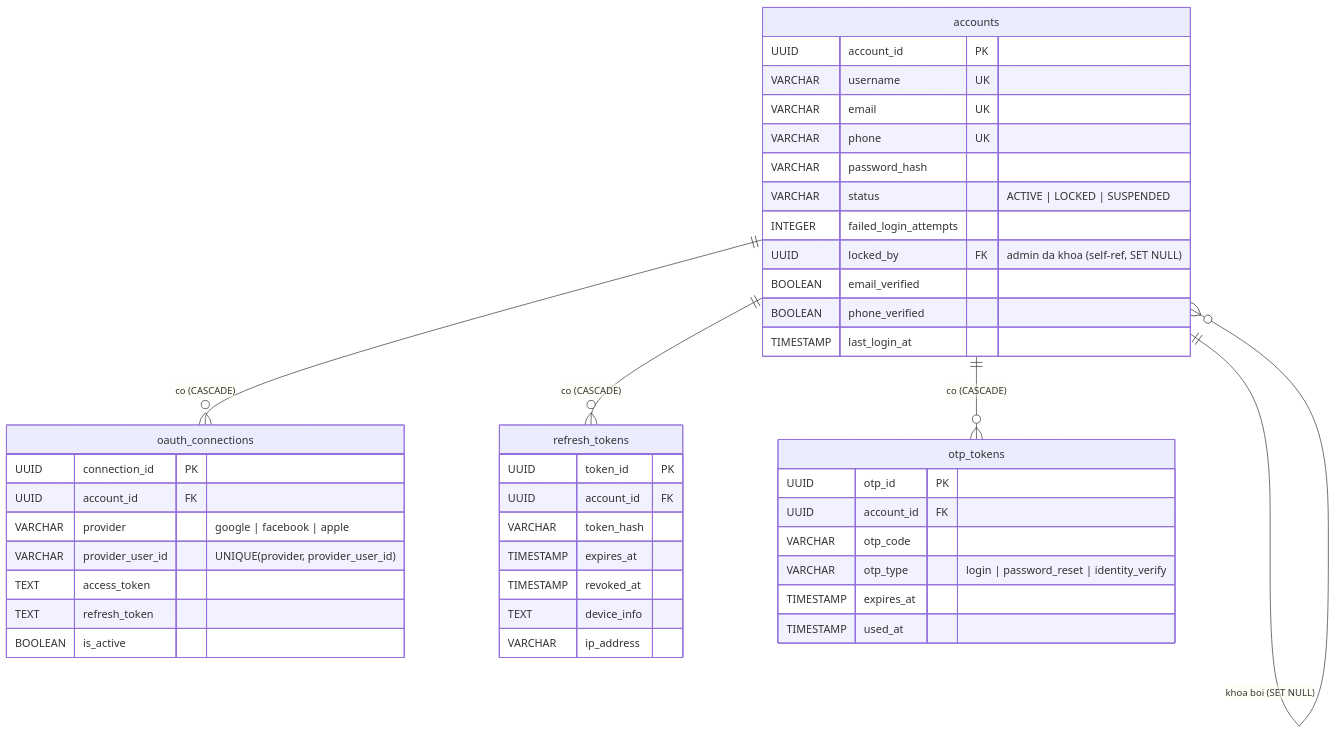
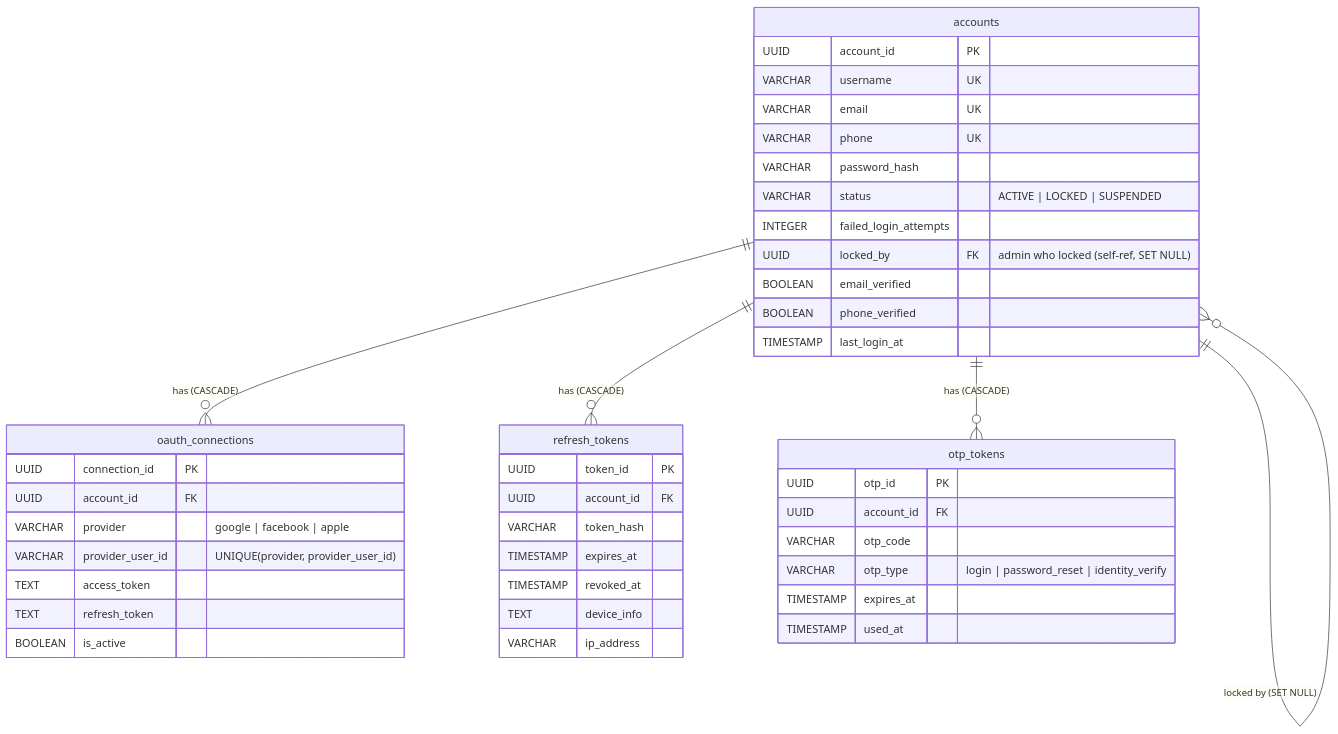
The diagram in database/erd/auth-service.mmd (LTPPPP/Smart-Medical-Intelligent-Ledger-for-E-health-S.M.I.L.E-), drawn with Mermaid before and after one commit. The commit also changed 4 other files, not shown here.

First line of the commit message:
docs(erd): translate .mmd diagrams to English and fix false bidirectional link

```diff
--- a/database/erd/auth-service.mmd
+++ b/database/erd/auth-service.mmd
@@ -1,50 +1,50 @@
 %% ERD — auth_service_db (database/iam-service/auth-service/schema.sql)
-%% Quan hệ nét liền = FK thật trong DB
+%% Solid line = real FK in the DB
 erDiagram
     accounts {
         UUID account_id PK
         VARCHAR username UK
         VARCHAR email UK
         VARCHAR phone UK
         VARCHAR password_hash
         VARCHAR status "ACTIVE | LOCKED | SUSPENDED"
         INTEGER failed_login_attempts
-        UUID locked_by FK "admin da khoa (self-ref, SET NULL)"
+        UUID locked_by FK "admin who locked (self-ref, SET NULL)"
         BOOLEAN email_verified
         BOOLEAN phone_verified
         TIMESTAMP last_login_at
     }
 
     oauth_connections {
         UUID connection_id PK
         UUID account_id FK
         VARCHAR provider "google | facebook | apple"
         VARCHAR provider_user_id "UNIQUE(provider, provider_user_id)"
         TEXT access_token
         TEXT refresh_token
         BOOLEAN is_active
     }
 
     refresh_tokens {
         UUID token_id PK
         UUID account_id FK
         VARCHAR token_hash
         TIMESTAMP expires_at
         TIMESTAMP revoked_at
         TEXT device_info
         VARCHAR ip_address
     }
 
     otp_tokens {
         UUID otp_id PK
         UUID account_id FK
         VARCHAR otp_code
         VARCHAR otp_type "login | password_reset | identity_verify"
         TIMESTAMP expires_at
         TIMESTAMP used_at
     }
 
-    accounts ||--o{ accounts : "khoa boi (SET NULL)"
-    accounts ||--o{ oauth_connections : "co (CASCADE)"
-    accounts ||--o{ refresh_tokens : "co (CASCADE)"
-    accounts ||--o{ otp_tokens : "co (CASCADE)"
+    accounts ||--o{ accounts : "locked by (SET NULL)"
+    accounts ||--o{ oauth_connections : "has (CASCADE)"
+    accounts ||--o{ refresh_tokens : "has (CASCADE)"
+    accounts ||--o{ otp_tokens : "has (CASCADE)"
```
